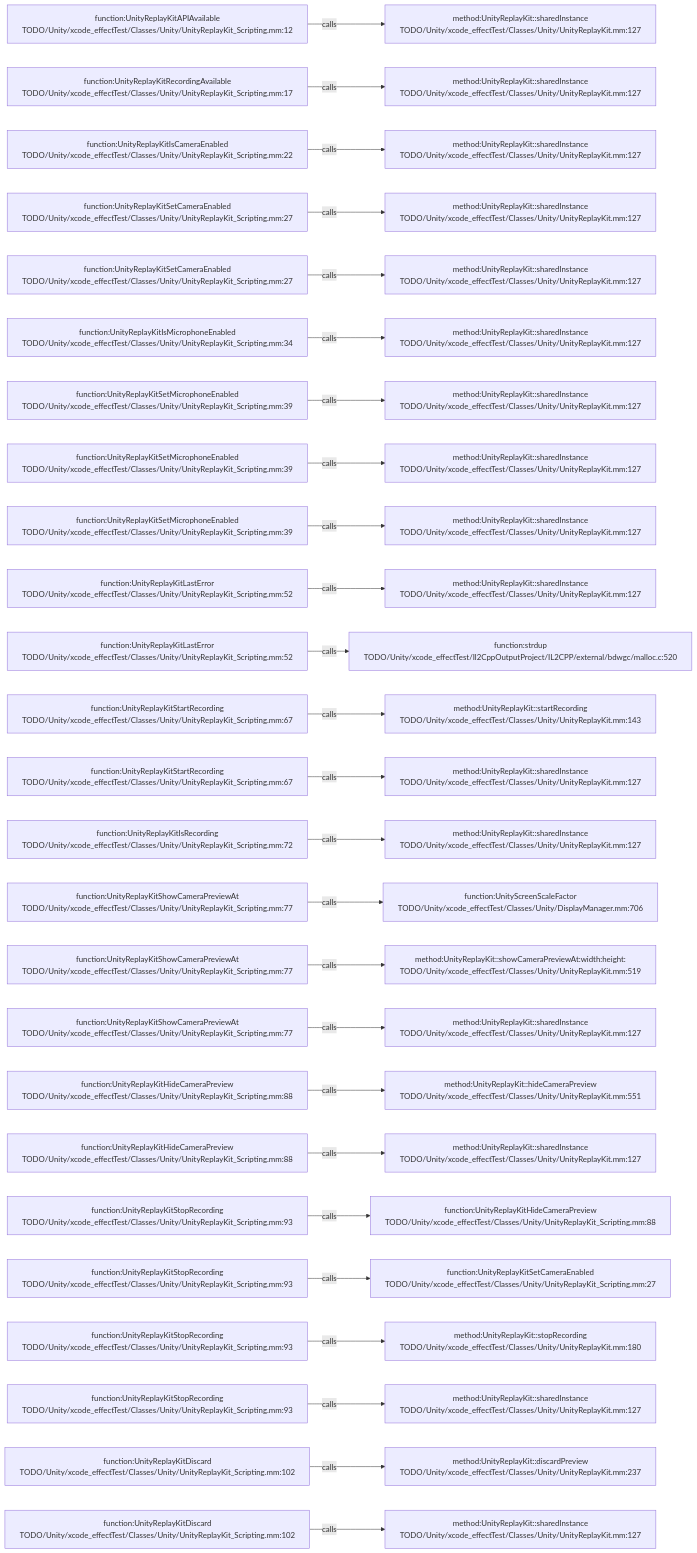
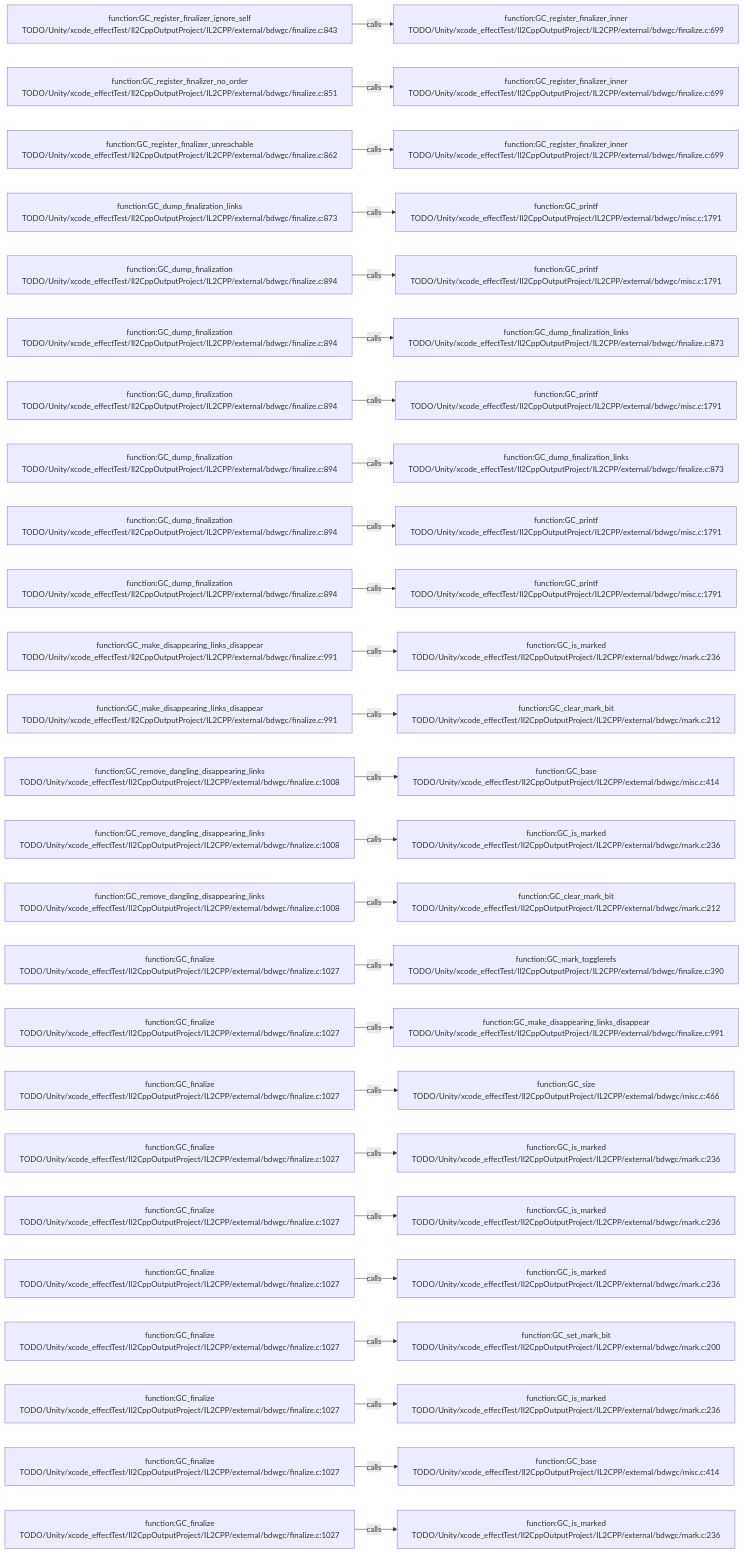
Before and after one commit to JobsKits/JobsSwiftBaseConfigDemo: the diagram in .codegraph/codegraph.md/graphs/calls-110.md, drawn with Mermaid. The commit also changed 227 other files, not shown here.

````diff
--- a/.codegraph/codegraph.md/graphs/calls-110.md
+++ b/.codegraph/codegraph.md/graphs/calls-110.md
@@ -13,78 +13,78 @@
 ```mermaid
 flowchart LR
-  S1["function:UnityReplayKitAPIAvailable<br/>TODO/Unity/xcode_effectTest/Classes/Unity/UnityReplayKit_Scripting.mm:12"]
-  T1["method:UnityReplayKit::sharedInstance<br/>TODO/Unity/xcode_effectTest/Classes/Unity/UnityReplayKit.mm:127"]
+  S1["function:GC_register_finalizer_ignore_self<br/>TODO/Unity/xcode_effectTest/Il2CppOutputProject/IL2CPP/external/bdwgc/finalize.c:843"]
+  T1["function:GC_register_finalizer_inner<br/>TODO/Unity/xcode_effectTest/Il2CppOutputProject/IL2CPP/external/bdwgc/finalize.c:699"]
   S1 -->|calls| T1
-  S2["function:UnityReplayKitRecordingAvailable<br/>TODO/Unity/xcode_effectTest/Classes/Unity/UnityReplayKit_Scripting.mm:17"]
-  T2["method:UnityReplayKit::sharedInstance<br/>TODO/Unity/xcode_effectTest/Classes/Unity/UnityReplayKit.mm:127"]
+  S2["function:GC_register_finalizer_no_order<br/>TODO/Unity/xcode_effectTest/Il2CppOutputProject/IL2CPP/external/bdwgc/finalize.c:851"]
+  T2["function:GC_register_finalizer_inner<br/>TODO/Unity/xcode_effectTest/Il2CppOutputProject/IL2CPP/external/bdwgc/finalize.c:699"]
   S2 -->|calls| T2
-  S3["function:UnityReplayKitIsCameraEnabled<br/>TODO/Unity/xcode_effectTest/Classes/Unity/UnityReplayKit_Scripting.mm:22"]
-  T3["method:UnityReplayKit::sharedInstance<br/>TODO/Unity/xcode_effectTest/Classes/Unity/UnityReplayKit.mm:127"]
+  S3["function:GC_register_finalizer_unreachable<br/>TODO/Unity/xcode_effectTest/Il2CppOutputProject/IL2CPP/external/bdwgc/finalize.c:862"]
+  T3["function:GC_register_finalizer_inner<br/>TODO/Unity/xcode_effectTest/Il2CppOutputProject/IL2CPP/external/bdwgc/finalize.c:699"]
   S3 -->|calls| T3
-  S4["function:UnityReplayKitSetCameraEnabled<br/>TODO/Unity/xcode_effectTest/Classes/Unity/UnityReplayKit_Scripting.mm:27"]
-  T4["method:UnityReplayKit::sharedInstance<br/>TODO/Unity/xcode_effectTest/Classes/Unity/UnityReplayKit.mm:127"]
+  S4["function:GC_dump_finalization_links<br/>TODO/Unity/xcode_effectTest/Il2CppOutputProject/IL2CPP/external/bdwgc/finalize.c:873"]
+  T4["function:GC_printf<br/>TODO/Unity/xcode_effectTest/Il2CppOutputProject/IL2CPP/external/bdwgc/misc.c:1791"]
   S4 -->|calls| T4
-  S5["function:UnityReplayKitSetCameraEnabled<br/>TODO/Unity/xcode_effectTest/Classes/Unity/UnityReplayKit_Scripting.mm:27"]
-  T5["method:UnityReplayKit::sharedInstance<br/>TODO/Unity/xcode_effectTest/Classes/Unity/UnityReplayKit.mm:127"]
+  S5["function:GC_dump_finalization<br/>TODO/Unity/xcode_effectTest/Il2CppOutputProject/IL2CPP/external/bdwgc/finalize.c:894"]
+  T5["function:GC_printf<br/>TODO/Unity/xcode_effectTest/Il2CppOutputProject/IL2CPP/external/bdwgc/misc.c:1791"]
   S5 -->|calls| T5
-  S6["function:UnityReplayKitIsMicrophoneEnabled<br/>TODO/Unity/xcode_effectTest/Classes/Unity/UnityReplayKit_Scripting.mm:34"]
-  T6["method:UnityReplayKit::sharedInstance<br/>TODO/Unity/xcode_effectTest/Classes/Unity/UnityReplayKit.mm:127"]
+  S6["function:GC_dump_finalization<br/>TODO/Unity/xcode_effectTest/Il2CppOutputProject/IL2CPP/external/bdwgc/finalize.c:894"]
+  T6["function:GC_dump_finalization_links<br/>TODO/Unity/xcode_effectTest/Il2CppOutputProject/IL2CPP/external/bdwgc/finalize.c:873"]
   S6 -->|calls| T6
-  S7["function:UnityReplayKitSetMicrophoneEnabled<br/>TODO/Unity/xcode_effectTest/Classes/Unity/UnityReplayKit_Scripting.mm:39"]
-  T7["method:UnityReplayKit::sharedInstance<br/>TODO/Unity/xcode_effectTest/Classes/Unity/UnityReplayKit.mm:127"]
+  S7["function:GC_dump_finalization<br/>TODO/Unity/xcode_effectTest/Il2CppOutputProject/IL2CPP/external/bdwgc/finalize.c:894"]
+  T7["function:GC_printf<br/>TODO/Unity/xcode_effectTest/Il2CppOutputProject/IL2CPP/external/bdwgc/misc.c:1791"]
   S7 -->|calls| T7
-  S8["function:UnityReplayKitSetMicrophoneEnabled<br/>TODO/Unity/xcode_effectTest/Classes/Unity/UnityReplayKit_Scripting.mm:39"]
-  T8["method:UnityReplayKit::sharedInstance<br/>TODO/Unity/xcode_effectTest/Classes/Unity/UnityReplayKit.mm:127"]
+  S8["function:GC_dump_finalization<br/>TODO/Unity/xcode_effectTest/Il2CppOutputProject/IL2CPP/external/bdwgc/finalize.c:894"]
+  T8["function:GC_dump_finalization_links<br/>TODO/Unity/xcode_effectTest/Il2CppOutputProject/IL2CPP/external/bdwgc/finalize.c:873"]
   S8 -->|calls| T8
-  S9["function:UnityReplayKitSetMicrophoneEnabled<br/>TODO/Unity/xcode_effectTest/Classes/Unity/UnityReplayKit_Scripting.mm:39"]
-  T9["method:UnityReplayKit::sharedInstance<br/>TODO/Unity/xcode_effectTest/Classes/Unity/UnityReplayKit.mm:127"]
+  S9["function:GC_dump_finalization<br/>TODO/Unity/xcode_effectTest/Il2CppOutputProject/IL2CPP/external/bdwgc/finalize.c:894"]
+  T9["function:GC_printf<br/>TODO/Unity/xcode_effectTest/Il2CppOutputProject/IL2CPP/external/bdwgc/misc.c:1791"]
   S9 -->|calls| T9
-  S10["function:UnityReplayKitLastError<br/>TODO/Unity/xcode_effectTest/Classes/Unity/UnityReplayKit_Scripting.mm:52"]
-  T10["method:UnityReplayKit::sharedInstance<br/>TODO/Unity/xcode_effectTest/Classes/Unity/UnityReplayKit.mm:127"]
+  S10["function:GC_dump_finalization<br/>TODO/Unity/xcode_effectTest/Il2CppOutputProject/IL2CPP/external/bdwgc/finalize.c:894"]
+  T10["function:GC_printf<br/>TODO/Unity/xcode_effectTest/Il2CppOutputProject/IL2CPP/external/bdwgc/misc.c:1791"]
   S10 -->|calls| T10
-  S11["function:UnityReplayKitLastError<br/>TODO/Unity/xcode_effectTest/Classes/Unity/UnityReplayKit_Scripting.mm:52"]
-  T11["function:strdup<br/>TODO/Unity/xcode_effectTest/Il2CppOutputProject/IL2CPP/external/bdwgc/malloc.c:520"]
+  S11["function:GC_make_disappearing_links_disappear<br/>TODO/Unity/xcode_effectTest/Il2CppOutputProject/IL2CPP/external/bdwgc/finalize.c:991"]
+  T11["function:GC_is_marked<br/>TODO/Unity/xcode_effectTest/Il2CppOutputProject/IL2CPP/external/bdwgc/mark.c:236"]
   S11 -->|calls| T11
-  S12["function:UnityReplayKitStartRecording<br/>TODO/Unity/xcode_effectTest/Classes/Unity/UnityReplayKit_Scripting.mm:67"]
-  T12["method:UnityReplayKit::startRecording<br/>TODO/Unity/xcode_effectTest/Classes/Unity/UnityReplayKit.mm:143"]
+  S12["function:GC_make_disappearing_links_disappear<br/>TODO/Unity/xcode_effectTest/Il2CppOutputProject/IL2CPP/external/bdwgc/finalize.c:991"]
+  T12["function:GC_clear_mark_bit<br/>TODO/Unity/xcode_effectTest/Il2CppOutputProject/IL2CPP/external/bdwgc/mark.c:212"]
   S12 -->|calls| T12
-  S13["function:UnityReplayKitStartRecording<br/>TODO/Unity/xcode_effectTest/Classes/Unity/UnityReplayKit_Scripting.mm:67"]
-  T13["method:UnityReplayKit::sharedInstance<br/>TODO/Unity/xcode_effectTest/Classes/Unity/UnityReplayKit.mm:127"]
+  S13["function:GC_remove_dangling_disappearing_links<br/>TODO/Unity/xcode_effectTest/Il2CppOutputProject/IL2CPP/external/bdwgc/finalize.c:1008"]
+  T13["function:GC_base<br/>TODO/Unity/xcode_effectTest/Il2CppOutputProject/IL2CPP/external/bdwgc/misc.c:414"]
   S13 -->|calls| T13
-  S14["function:UnityReplayKitIsRecording<br/>TODO/Unity/xcode_effectTest/Classes/Unity/UnityReplayKit_Scripting.mm:72"]
-  T14["method:UnityReplayKit::sharedInstance<br/>TODO/Unity/xcode_effectTest/Classes/Unity/UnityReplayKit.mm:127"]
+  S14["function:GC_remove_dangling_disappearing_links<br/>TODO/Unity/xcode_effectTest/Il2CppOutputProject/IL2CPP/external/bdwgc/finalize.c:1008"]
+  T14["function:GC_is_marked<br/>TODO/Unity/xcode_effectTest/Il2CppOutputProject/IL2CPP/external/bdwgc/mark.c:236"]
   S14 -->|calls| T14
-  S15["function:UnityReplayKitShowCameraPreviewAt<br/>TODO/Unity/xcode_effectTest/Classes/Unity/UnityReplayKit_Scripting.mm:77"]
-  T15["function:UnityScreenScaleFactor<br/>TODO/Unity/xcode_effectTest/Classes/Unity/DisplayManager.mm:706"]
+  S15["function:GC_remove_dangling_disappearing_links<br/>TODO/Unity/xcode_effectTest/Il2CppOutputProject/IL2CPP/external/bdwgc/finalize.c:1008"]
+  T15["function:GC_clear_mark_bit<br/>TODO/Unity/xcode_effectTest/Il2CppOutputProject/IL2CPP/external/bdwgc/mark.c:212"]
   S15 -->|calls| T15
-  S16["function:UnityReplayKitShowCameraPreviewAt<br/>TODO/Unity/xcode_effectTest/Classes/Unity/UnityReplayKit_Scripting.mm:77"]
-  T16["method:UnityReplayKit::showCameraPreviewAt:width:height:<br/>TODO/Unity/xcode_effectTest/Classes/Unity/UnityReplayKit.mm:519"]
+  S16["function:GC_finalize<br/>TODO/Unity/xcode_effectTest/Il2CppOutputProject/IL2CPP/external/bdwgc/finalize.c:1027"]
+  T16["function:GC_mark_togglerefs<br/>TODO/Unity/xcode_effectTest/Il2CppOutputProject/IL2CPP/external/bdwgc/finalize.c:390"]
   S16 -->|calls| T16
-  S17["function:UnityReplayKitShowCameraPreviewAt<br/>TODO/Unity/xcode_effectTest/Classes/Unity/UnityReplayKit_Scripting.mm:77"]
-  T17["method:UnityReplayKit::sharedInstance<br/>TODO/Unity/xcode_effectTest/Classes/Unity/UnityReplayKit.mm:127"]
+  S17["function:GC_finalize<br/>TODO/Unity/xcode_effectTest/Il2CppOutputProject/IL2CPP/external/bdwgc/finalize.c:1027"]
+  T17["function:GC_make_disappearing_links_disappear<br/>TODO/Unity/xcode_effectTest/Il2CppOutputProject/IL2CPP/external/bdwgc/finalize.c:991"]
   S17 -->|calls| T17
-  S18["function:UnityReplayKitHideCameraPreview<br/>TODO/Unity/xcode_effectTest/Classes/Unity/UnityReplayKit_Scripting.mm:88"]
-  T18["method:UnityReplayKit::hideCameraPreview<br/>TODO/Unity/xcode_effectTest/Classes/Unity/UnityReplayKit.mm:551"]
+  S18["function:GC_finalize<br/>TODO/Unity/xcode_effectTest/Il2CppOutputProject/IL2CPP/external/bdwgc/finalize.c:1027"]
+  T18["function:GC_size<br/>TODO/Unity/xcode_effectTest/Il2CppOutputProject/IL2CPP/external/bdwgc/misc.c:466"]
   S18 -->|calls| T18
-  S19["function:UnityReplayKitHideCameraPreview<br/>TODO/Unity/xcode_effectTest/Classes/Unity/UnityReplayKit_Scripting.mm:88"]
-  T19["method:UnityReplayKit::sharedInstance<br/>TODO/Unity/xcode_effectTest/Classes/Unity/UnityReplayKit.mm:127"]
+  S19["function:GC_finalize<br/>TODO/Unity/xcode_effectTest/Il2CppOutputProject/IL2CPP/external/bdwgc/finalize.c:1027"]
+  T19["function:GC_is_marked<br/>TODO/Unity/xcode_effectTest/Il2CppOutputProject/IL2CPP/external/bdwgc/mark.c:236"]
   S19 -->|calls| T19
-  S20["function:UnityReplayKitStopRecording<br/>TODO/Unity/xcode_effectTest/Classes/Unity/UnityReplayKit_Scripting.mm:93"]
-  T20["function:UnityReplayKitHideCameraPreview<br/>TODO/Unity/xcode_effectTest/Classes/Unity/UnityReplayKit_Scripting.mm:88"]
+  S20["function:GC_finalize<br/>TODO/Unity/xcode_effectTest/Il2CppOutputProject/IL2CPP/external/bdwgc/finalize.c:1027"]
+  T20["function:GC_is_marked<br/>TODO/Unity/xcode_effectTest/Il2CppOutputProject/IL2CPP/external/bdwgc/mark.c:236"]
   S20 -->|calls| T20
-  S21["function:UnityReplayKitStopRecording<br/>TODO/Unity/xcode_effectTest/Classes/Unity/UnityReplayKit_Scripting.mm:93"]
-  T21["function:UnityReplayKitSetCameraEnabled<br/>TODO/Unity/xcode_effectTest/Classes/Unity/UnityReplayKit_Scripting.mm:27"]
+  S21["function:GC_finalize<br/>TODO/Unity/xcode_effectTest/Il2CppOutputProject/IL2CPP/external/bdwgc/finalize.c:1027"]
+  T21["function:GC_is_marked<br/>TODO/Unity/xcode_effectTest/Il2CppOutputProject/IL2CPP/external/bdwgc/mark.c:236"]
   S21 -->|calls| T21
-  S22["function:UnityReplayKitStopRecording<br/>TODO/Unity/xcode_effectTest/Classes/Unity/UnityReplayKit_Scripting.mm:93"]
-  T22["method:UnityReplayKit::stopRecording<br/>TODO/Unity/xcode_effectTest/Classes/Unity/UnityReplayKit.mm:180"]
+  S22["function:GC_finalize<br/>TODO/Unity/xcode_effectTest/Il2CppOutputProject/IL2CPP/external/bdwgc/finalize.c:1027"]
+  T22["function:GC_set_mark_bit<br/>TODO/Unity/xcode_effectTest/Il2CppOutputProject/IL2CPP/external/bdwgc/mark.c:200"]
   S22 -->|calls| T22
-  S23["function:UnityReplayKitStopRecording<br/>TODO/Unity/xcode_effectTest/Classes/Unity/UnityReplayKit_Scripting.mm:93"]
-  T23["method:UnityReplayKit::sharedInstance<br/>TODO/Unity/xcode_effectTest/Classes/Unity/UnityReplayKit.mm:127"]
+  S23["function:GC_finalize<br/>TODO/Unity/xcode_effectTest/Il2CppOutputProject/IL2CPP/external/bdwgc/finalize.c:1027"]
+  T23["function:GC_is_marked<br/>TODO/Unity/xcode_effectTest/Il2CppOutputProject/IL2CPP/external/bdwgc/mark.c:236"]
   S23 -->|calls| T23
-  S24["function:UnityReplayKitDiscard<br/>TODO/Unity/xcode_effectTest/Classes/Unity/UnityReplayKit_Scripting.mm:102"]
-  T24["method:UnityReplayKit::discardPreview<br/>TODO/Unity/xcode_effectTest/Classes/Unity/UnityReplayKit.mm:237"]
+  S24["function:GC_finalize<br/>TODO/Unity/xcode_effectTest/Il2CppOutputProject/IL2CPP/external/bdwgc/finalize.c:1027"]
+  T24["function:GC_base<br/>TODO/Unity/xcode_effectTest/Il2CppOutputProject/IL2CPP/external/bdwgc/misc.c:414"]
   S24 -->|calls| T24
-  S25["function:UnityReplayKitDiscard<br/>TODO/Unity/xcode_effectTest/Classes/Unity/UnityReplayKit_Scripting.mm:102"]
-  T25["method:UnityReplayKit::sharedInstance<br/>TODO/Unity/xcode_effectTest/Classes/Unity/UnityReplayKit.mm:127"]
+  S25["function:GC_finalize<br/>TODO/Unity/xcode_effectTest/Il2CppOutputProject/IL2CPP/external/bdwgc/finalize.c:1027"]
+  T25["function:GC_is_marked<br/>TODO/Unity/xcode_effectTest/Il2CppOutputProject/IL2CPP/external/bdwgc/mark.c:236"]
   S25 -->|calls| T25
 ```
````
